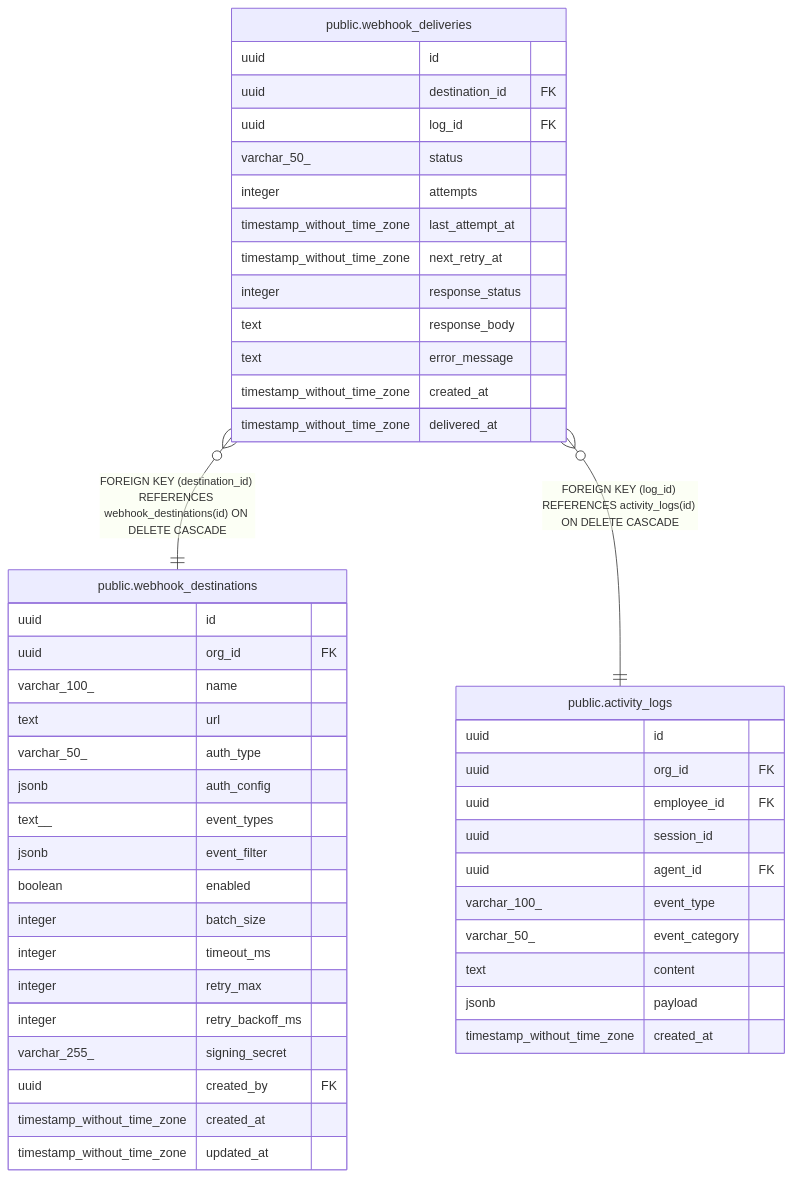
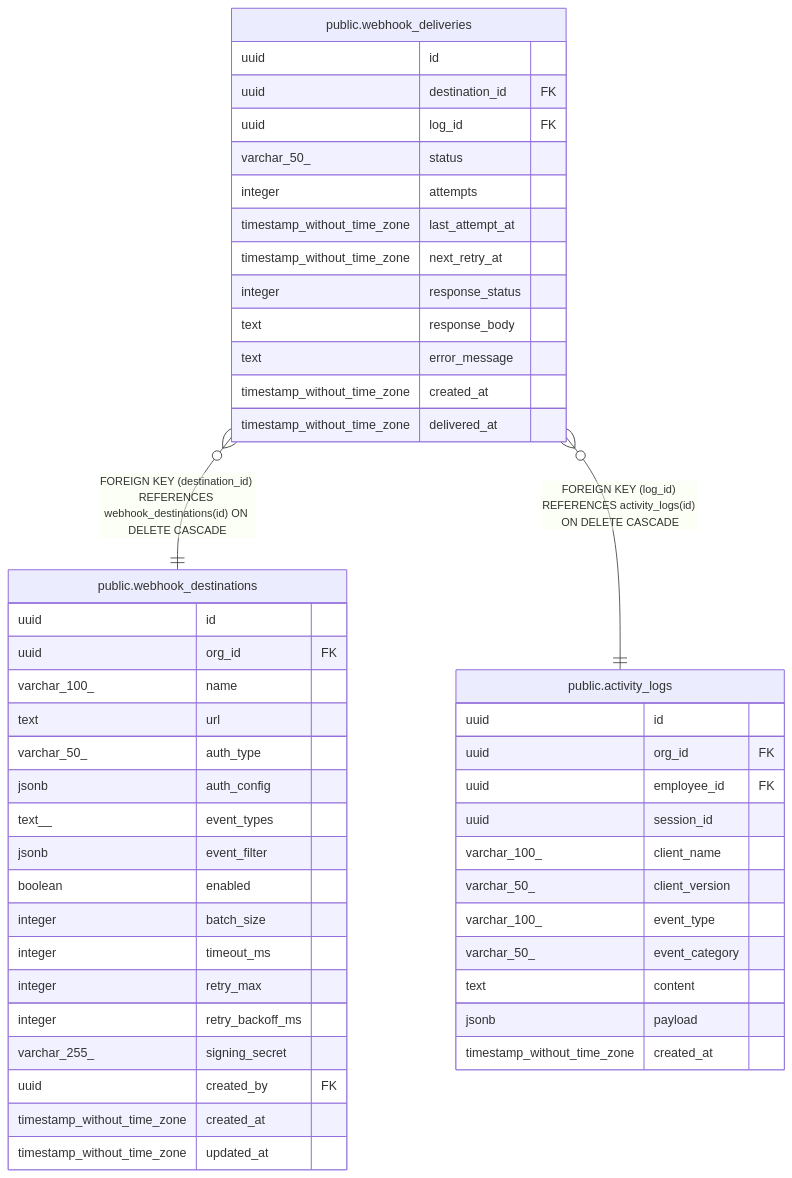
Before and after one commit to rastrigin-systems/arfa: the diagram in docs/public.webhook_deliveries.md, drawn with Mermaid. The commit also changed 154 other files, not shown here.

First line of the commit message:
refactor: Pivot CLI from agent-sync to proxy-first architecture (#391)

````diff
--- a/docs/public.webhook_deliveries.md
+++ b/docs/public.webhook_deliveries.md
@@ -44,52 +44,53 @@
 ```mermaid
 erDiagram
 
 "public.webhook_deliveries" }o--|| "public.webhook_destinations" : "FOREIGN KEY (destination_id) REFERENCES webhook_destinations(id) ON DELETE CASCADE"
 "public.webhook_deliveries" }o--|| "public.activity_logs" : "FOREIGN KEY (log_id) REFERENCES activity_logs(id) ON DELETE CASCADE"
 
 "public.webhook_deliveries" {
   uuid id
   uuid destination_id FK
   uuid log_id FK
   varchar_50_ status
   integer attempts
   timestamp_without_time_zone last_attempt_at
   timestamp_without_time_zone next_retry_at
   integer response_status
   text response_body
   text error_message
   timestamp_without_time_zone created_at
   timestamp_without_time_zone delivered_at
 }
 "public.webhook_destinations" {
   uuid id
   uuid org_id FK
   varchar_100_ name
   text url
   varchar_50_ auth_type
   jsonb auth_config
   text__ event_types
   jsonb event_filter
   boolean enabled
   integer batch_size
   integer timeout_ms
   integer retry_max
   integer retry_backoff_ms
   varchar_255_ signing_secret
   uuid created_by FK
   timestamp_without_time_zone created_at
   timestamp_without_time_zone updated_at
 }
 "public.activity_logs" {
   uuid id
   uuid org_id FK
   uuid employee_id FK
   uuid session_id
-  uuid agent_id FK
+  varchar_100_ client_name
+  varchar_50_ client_version
   varchar_100_ event_type
   varchar_50_ event_category
   text content
   jsonb payload
   timestamp_without_time_zone created_at
 }
 ```
````
